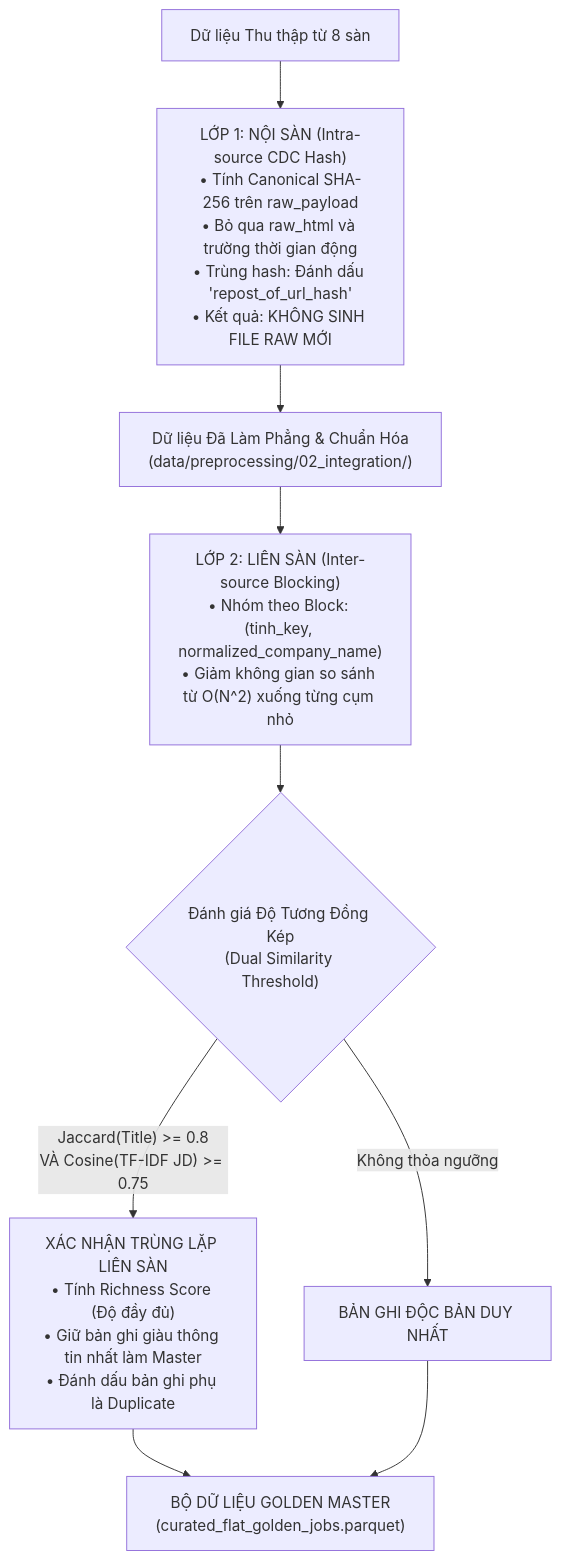
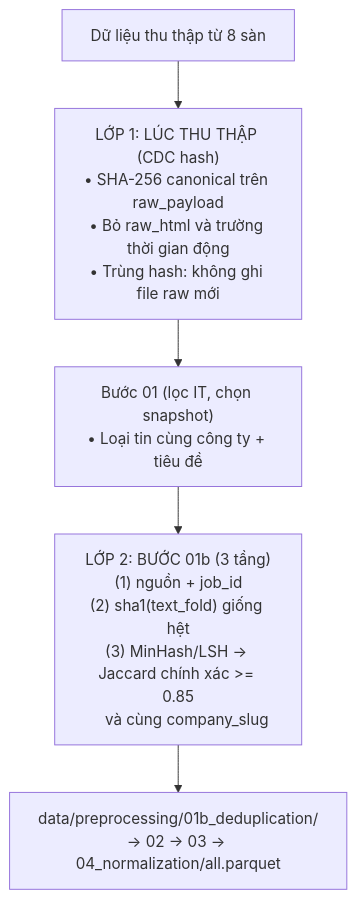
The fourth of 5 diagrams in docs/spec/11_technical_decisions.md (Archduker/VN-IT-Job-Mining), drawn with Mermaid before and after one commit. The commit also changed other lines of this file and 90 other files, not shown here.

````diff
--- a/docs/spec/11_technical_decisions.md
+++ b/docs/spec/11_technical_decisions.md
@@ -193,16 +197,10 @@
 ```mermaid
 flowchart TD
-    RawData["Dữ liệu Thu thập từ 8 sàn"] --> Tier1["LỚP 1: NỘI SÀN (Intra-source CDC Hash)\n• Tính Canonical SHA-256 trên raw_payload\n• Bỏ qua raw_html và trường thời gian động\n• Trùng hash: Đánh dấu 'repost_of_url_hash'\n• Kết quả: KHÔNG SINH FILE RAW MỚI"]
-    
-    Tier1 --> Staging["Dữ liệu Đã Làm Phẳng & Chuẩn Hóa\n(data/preprocessing/02_integration/)"]
-    
-    Staging --> Tier2Block["LỚP 2: LIÊN SÀN (Inter-source Blocking)\n• Nhóm theo Block: (tinh_key, normalized_company_name)\n• Giảm không gian so sánh từ O(N^2) xuống từng cụm nhỏ"]
-    
-    Tier2Block --> SimilarityCheck{"Đánh giá Độ Tương Đồng Kép\n(Dual Similarity Threshold)"}
-    
-    SimilarityCheck -->|"Jaccard(Title) >= 0.8\nVÀ Cosine(TF-IDF JD) >= 0.75"| DuplicateFound["XÁC NHẬN TRÙNG LẶP LIÊN SÀN\n• Tính Richness Score (Độ đầy đủ)\n• Giữ bản ghi giàu thông tin nhất làm Master\n• Đánh dấu bản ghi phụ là Duplicate"]
-    SimilarityCheck -->|Không thỏa ngưỡng| KeepUnique["BẢN GHI ĐỘC BẢN DUY NHẤT"]
-    
-    DuplicateFound --> GoldenDataset["BỘ DỮ LIỆU GOLDEN MASTER\n(curated_flat_golden_jobs.parquet)"]
-    KeepUnique --> GoldenDataset
+    RawData["Dữ liệu thu thập từ 8 sàn"] --> Tier1["LỚP 1: LÚC THU THẬP (CDC hash)\n• SHA-256 canonical trên raw_payload\n• Bỏ raw_html và trường thời gian động\n• Trùng hash: không ghi file raw mới"]
+
+    Tier1 --> Step01["Bước 01 (lọc IT, chọn snapshot)\n• Loại tin cùng công ty + tiêu đề"]
+
+    Step01 --> Tier2["LỚP 2: BƯỚC 01b (3 tầng)\n(1) nguồn + job_id\n(2) sha1(text_fold) giống hệt\n(3) MinHash/LSH → Jaccard chính xác >= 0.85\n    và cùng company_slug"]
+
+    Tier2 --> Clean["data/preprocessing/01b_deduplication/\n→ 02 → 03 → 04_normalization/all.parquet"]
 ```
````
